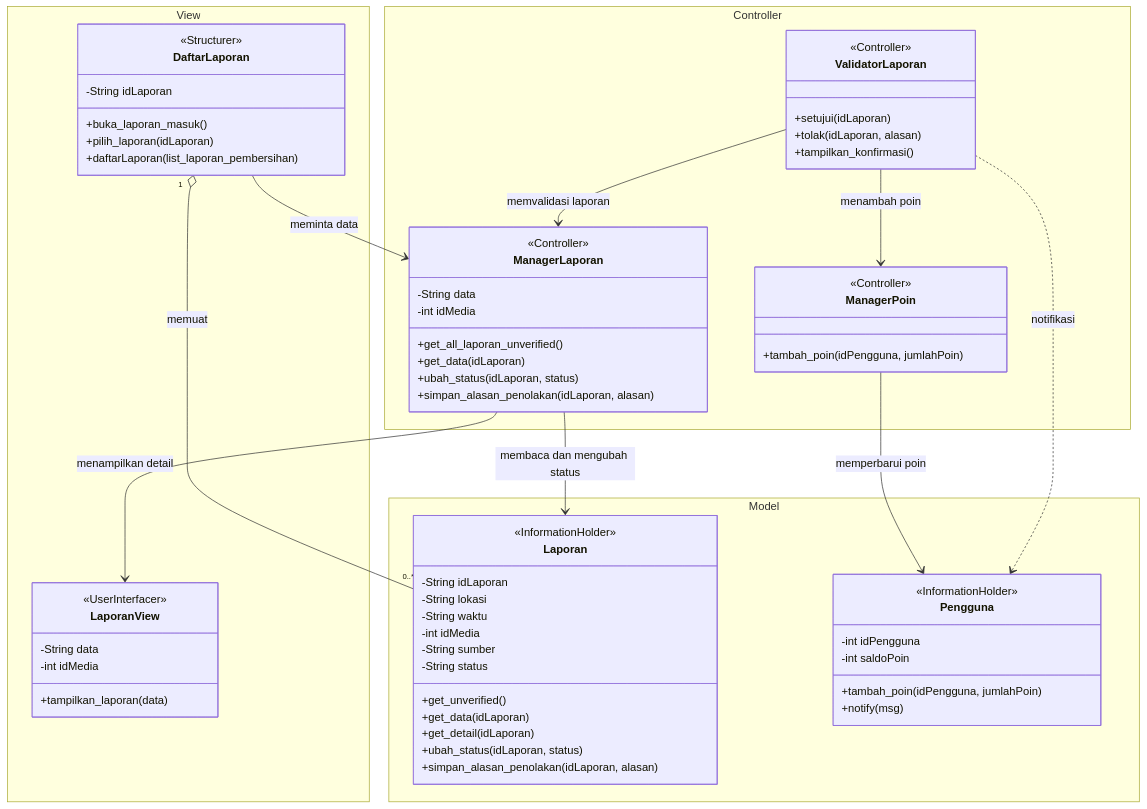
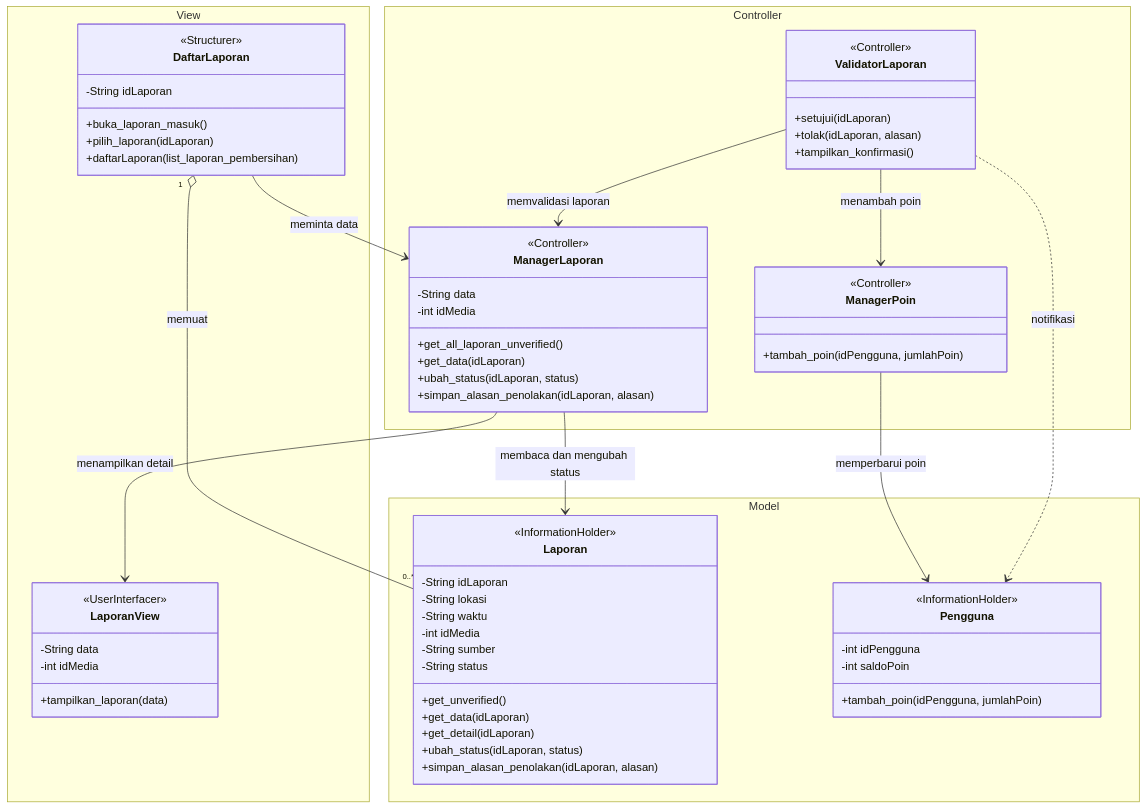
Diagram 21 of 28 in docs/M7/K03_G02_DPPL.md (star-scripter/IF2150-RPL-K03-G02), drawn with Mermaid before and after one commit. The commit also changed other lines of this file, not shown here.

Commit message:
docs: fix seq diagram UC05 and UC06

````diff
--- a/docs/M7/K03_G02_DPPL.md
+++ b/docs/M7/K03_G02_DPPL.md
@@ -1189,74 +1187,74 @@
 ```mermaid
 classDiagram
     direction TB
 
     namespace View {
         class DaftarLaporan {
             -String idLaporan
             +buka_laporan_masuk()
             +pilih_laporan(idLaporan)
             +daftarLaporan(list_laporan_pembersihan)
+
         }
         class LaporanView {
             -String data
             -int idMedia
             +tampilkan_laporan(data)
         }
     }
     namespace Controller {
         class ManagerPoin {
             +tambah_poin(idPengguna, jumlahPoin)
         }
         class ValidatorLaporan {
             +setujui(idLaporan)
             +tolak(idLaporan, alasan)
             +tampilkan_konfirmasi()
         }
         class ManagerLaporan {
             -String data
             -int idMedia
             +get_all_laporan_unverified()
             +get_data(idLaporan)
             +ubah_status(idLaporan, status)
             +simpan_alasan_penolakan(idLaporan, alasan)
         }
     }
     namespace Model {
         class Laporan {
             -String idLaporan
             -String lokasi
             -String waktu
             -int idMedia
             -String sumber
             -String status
             +get_unverified()
             +get_data(idLaporan)
             +get_detail(idLaporan)
             +ubah_status(idLaporan, status)
             +simpan_alasan_penolakan(idLaporan, alasan)
         }
         class Pengguna {
             -int idPengguna
             -int saldoPoin
             +tambah_poin(idPengguna, jumlahPoin)
-            +notify(msg)
         }
     }
 
     <<Controller>> ValidatorLaporan
     <<UserInterfacer>> LaporanView
     <<Controller>> ManagerLaporan
     <<Controller>> ManagerPoin
     <<Structurer>> DaftarLaporan
     <<InformationHolder>> Laporan
     <<InformationHolder>> Pengguna
 
     DaftarLaporan --> ManagerLaporan : meminta data
     ManagerLaporan --> Laporan : membaca dan mengubah status
     ManagerLaporan --> LaporanView : menampilkan detail
     ValidatorLaporan --> ManagerLaporan : memvalidasi laporan
     ValidatorLaporan --> ManagerPoin : menambah poin
     ManagerPoin --> Pengguna : memperbarui poin
     ValidatorLaporan ..> Pengguna : notifikasi
     DaftarLaporan "1" o-- "0..*" Laporan : memuat
 ```
````
